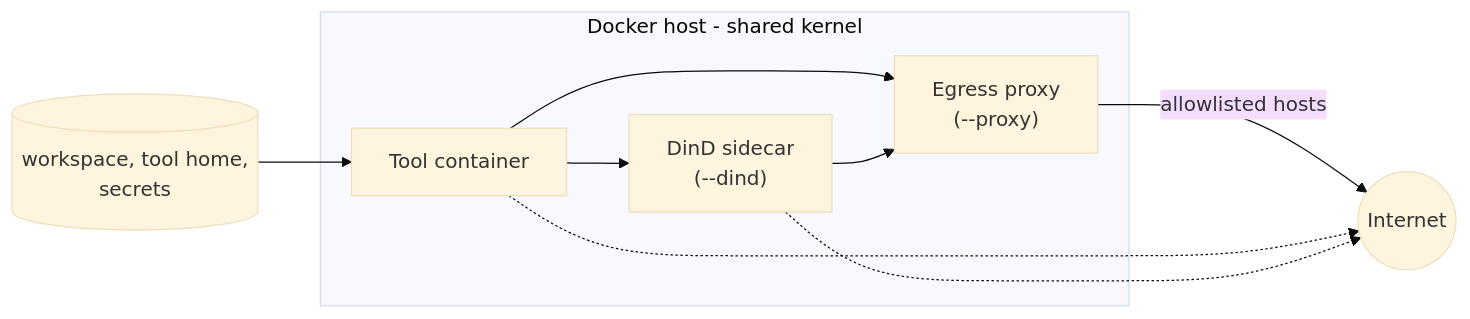
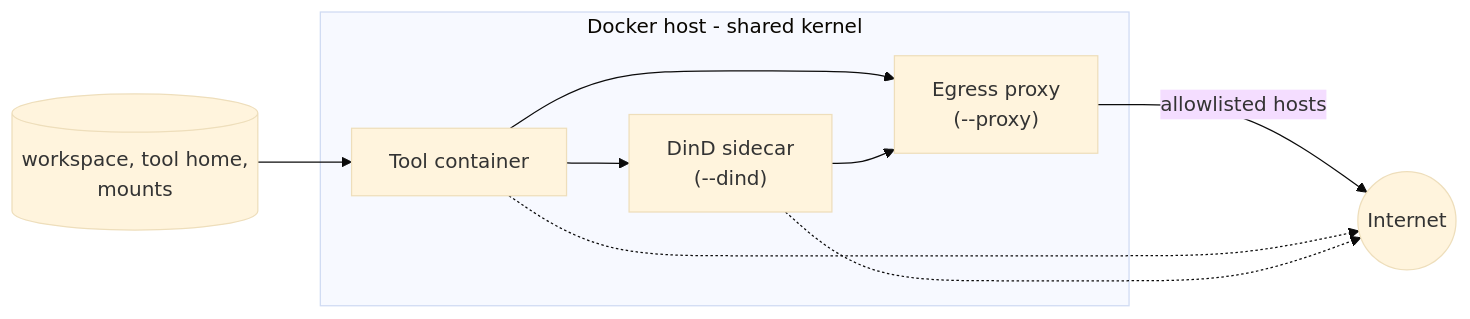
Before and after one commit to dylanvgils/agentic-cli: the diagram in docs/security-model.md, drawn with Mermaid (base theme). The commit also changed other lines of this file and 48 other files, not shown here.

````diff
--- a/docs/security-model.md
+++ b/docs/security-model.md
@@ -7,18 +7,18 @@
 ```mermaid
 flowchart LR
-    files[("workspace, tool home,<br/>secrets")]
+    files[("workspace, tool home,<br/>mounts")]
     subgraph docker[Docker host - shared kernel]
         tool[Tool container]
         proxy["Egress proxy<br/>(--proxy)"]
         dind["DinD sidecar<br/>(--dind)"]
     end
     net((Internet))
 
     files --> tool
     tool --> dind
     tool --> proxy
     dind --> proxy
     proxy -- allowlisted hosts --> net
     tool -.-> net
     dind -.-> net
 ```
````
